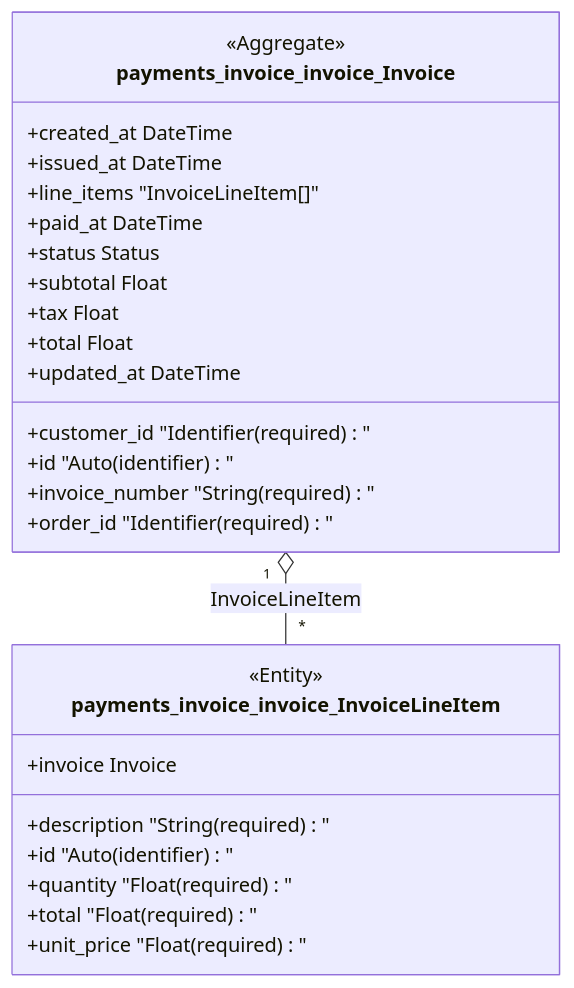
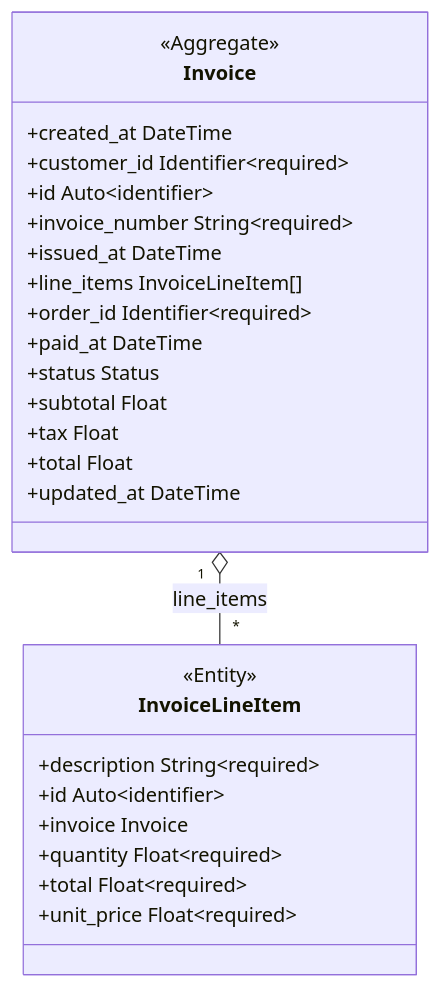
Before and after one commit to proteanhq/shopstream: the first of 2 diagrams in docs/payments/clusters.md, drawn with Mermaid. The commit also changed other lines of this file and 24 other files, not shown here.

First line of the commit message:
Regenerate docs with improved Mermaid diagrams from upstream Protean fixes

````diff
--- a/docs/payments/clusters.md
+++ b/docs/payments/clusters.md
@@ -3,29 +3,29 @@
 ```mermaid
 classDiagram
-    class payments_invoice_invoice_Invoice {
+    class payments_invoice_invoice_Invoice["Invoice"] {
         <<Aggregate>>
         +created_at DateTime
-        +customer_id "Identifier (required)"
-        +id "Auto (identifier)"
-        +invoice_number "String (required)"
+        +customer_id Identifier~required~
+        +id Auto~identifier~
+        +invoice_number String~required~
         +issued_at DateTime
-        +line_items "InvoiceLineItem[]"
-        +order_id "Identifier (required)"
+        +line_items InvoiceLineItem[]
+        +order_id Identifier~required~
         +paid_at DateTime
         +status Status
         +subtotal Float
         +tax Float
         +total Float
         +updated_at DateTime
     }
-    class payments_invoice_invoice_InvoiceLineItem {
+    class payments_invoice_invoice_InvoiceLineItem["InvoiceLineItem"] {
         <<Entity>>
-        +description "String (required)"
-        +id "Auto (identifier)"
+        +description String~required~
+        +id Auto~identifier~
         +invoice Invoice
-        +quantity "Float (required)"
-        +total "Float (required)"
-        +unit_price "Float (required)"
+        +quantity Float~required~
+        +total Float~required~
+        +unit_price Float~required~
     }
-    payments_invoice_invoice_Invoice "1" o-- "*" payments_invoice_invoice_InvoiceLineItem : InvoiceLineItem
+    payments_invoice_invoice_Invoice "1" o-- "*" payments_invoice_invoice_InvoiceLineItem : line_items
 ```
````
